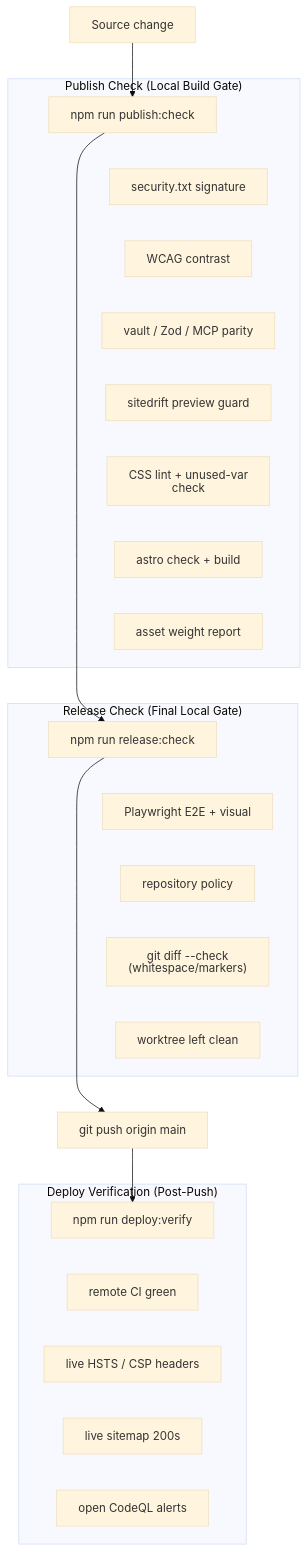
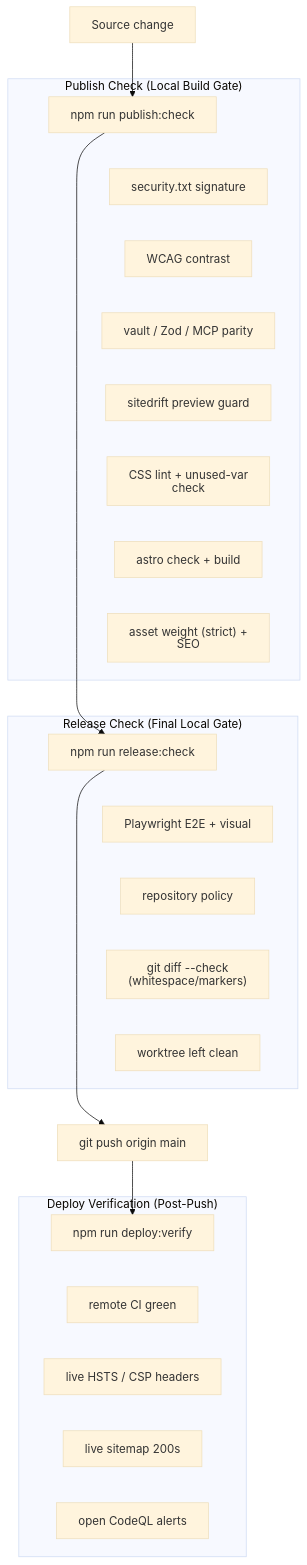
Before and after one commit to joeseverino/jseverino.com: the diagram in tests/ARCHITECTURE.md, drawn with Mermaid (base theme). The commit also changed other lines of this file and 9 other files, not shown here.

````diff
--- a/tests/ARCHITECTURE.md
+++ b/tests/ARCHITECTURE.md
@@ -28,42 +45,42 @@
 ```mermaid
 %%{init: { "htmlLabels": false } }%%
 graph TD
     A["Source change"] --> B
     B --> C
     C --> D["git push origin main"]
     D --> E
 
     subgraph publish ["Publish Check (Local Build Gate)"]
         B["npm run publish:check"]
         B1["security.txt signature"]
         B2["WCAG contrast"]
         B3["vault / Zod / MCP parity"]
         B4["sitedrift preview guard"]
         B5["CSS lint + unused-var check"]
         B6["astro check + build"]
-        B7["asset weight report"]
+        B7["asset weight (strict) + SEO"]
     end
 
     subgraph release ["Release Check (Final Local Gate)"]
         C["npm run release:check"]
         C1["Playwright E2E + visual"]
         C2["repository policy"]
         C3["git diff --check (whitespace/markers)"]
         C4["worktree left clean"]
     end
 
     subgraph deploy ["Deploy Verification (Post-Push)"]
         E["npm run deploy:verify"]
         E1["remote CI green"]
         E2["live HSTS / CSP headers"]
         E3["live sitemap 200s"]
         E4["open CodeQL alerts"]
     end
 
     %% Force vertical layout nesting
     B ~~~ B1 ~~~ B2 ~~~ B3 ~~~ B4 ~~~ B5 ~~~ B6 ~~~ B7
     B7 ~~~ C
     C ~~~ C1 ~~~ C2 ~~~ C3 ~~~ C4
     C4 ~~~ D
     E ~~~ E1 ~~~ E2 ~~~ E3 ~~~ E4
 ```
````
